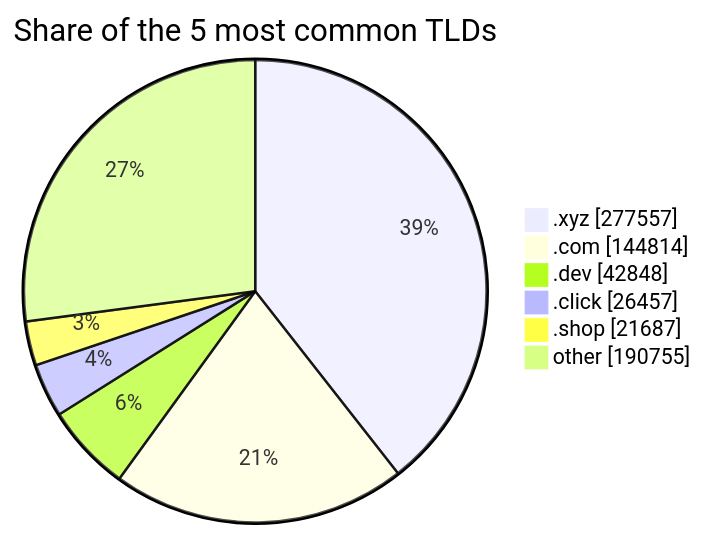
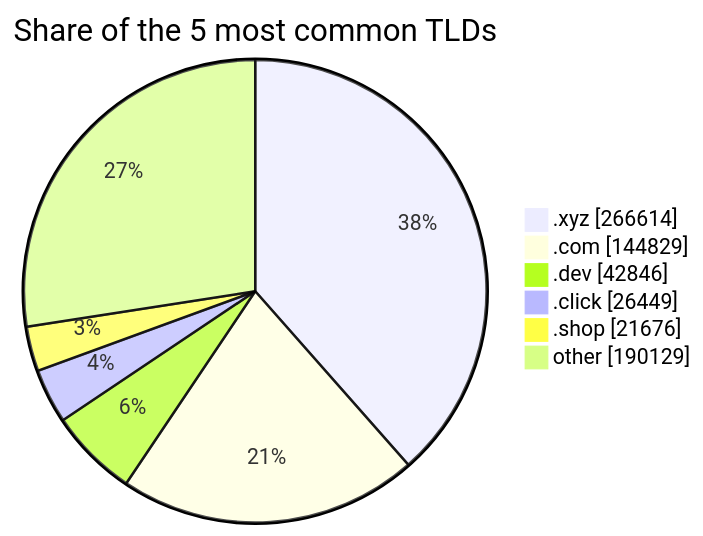
The third of 3 diagrams in README.md (DNSBunker/CTI), drawn with Mermaid before and after one commit. The commit also changed other lines of this file and 3 other files, not shown here.

````diff
--- a/README.md
+++ b/README.md
@@ -81,9 +81,9 @@
 ```mermaid
 pie showData title Share of the 5 most common TLDs
-    ".xyz" : 277557
-    ".com" : 144814
-    ".dev" : 42848
-    ".click" : 26457
-    ".shop" : 21687
-    "other" : 190755
+    ".xyz" : 266614
+    ".com" : 144829
+    ".dev" : 42846
+    ".click" : 26449
+    ".shop" : 21676
+    "other" : 190129
 ```
````
